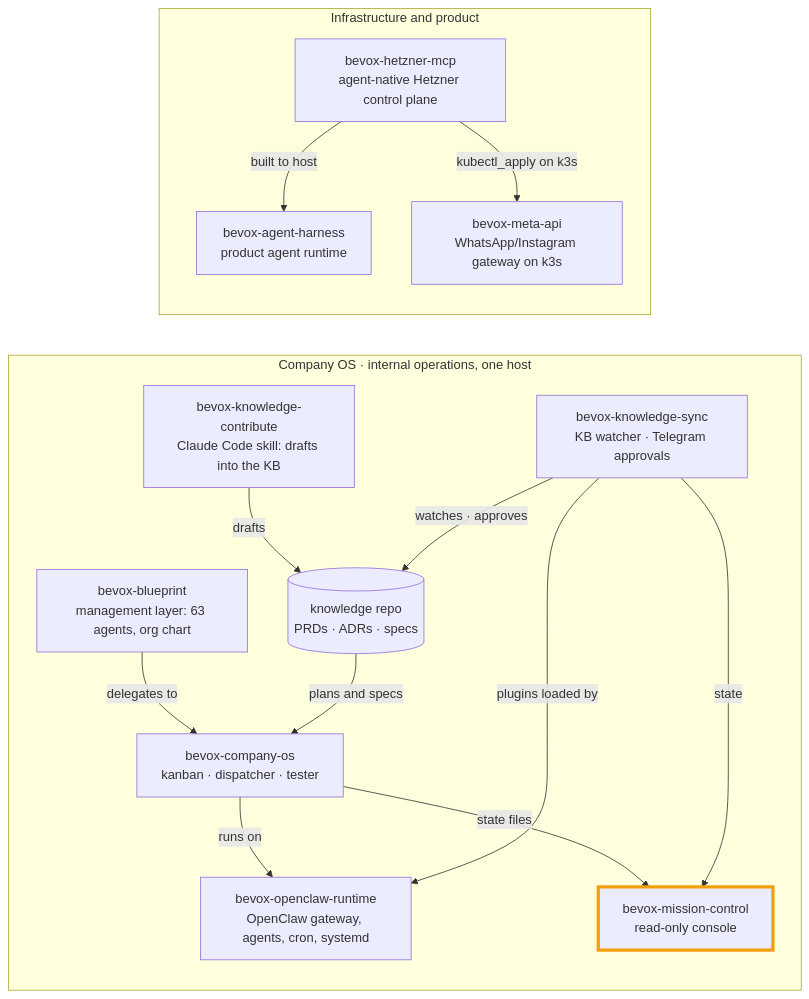
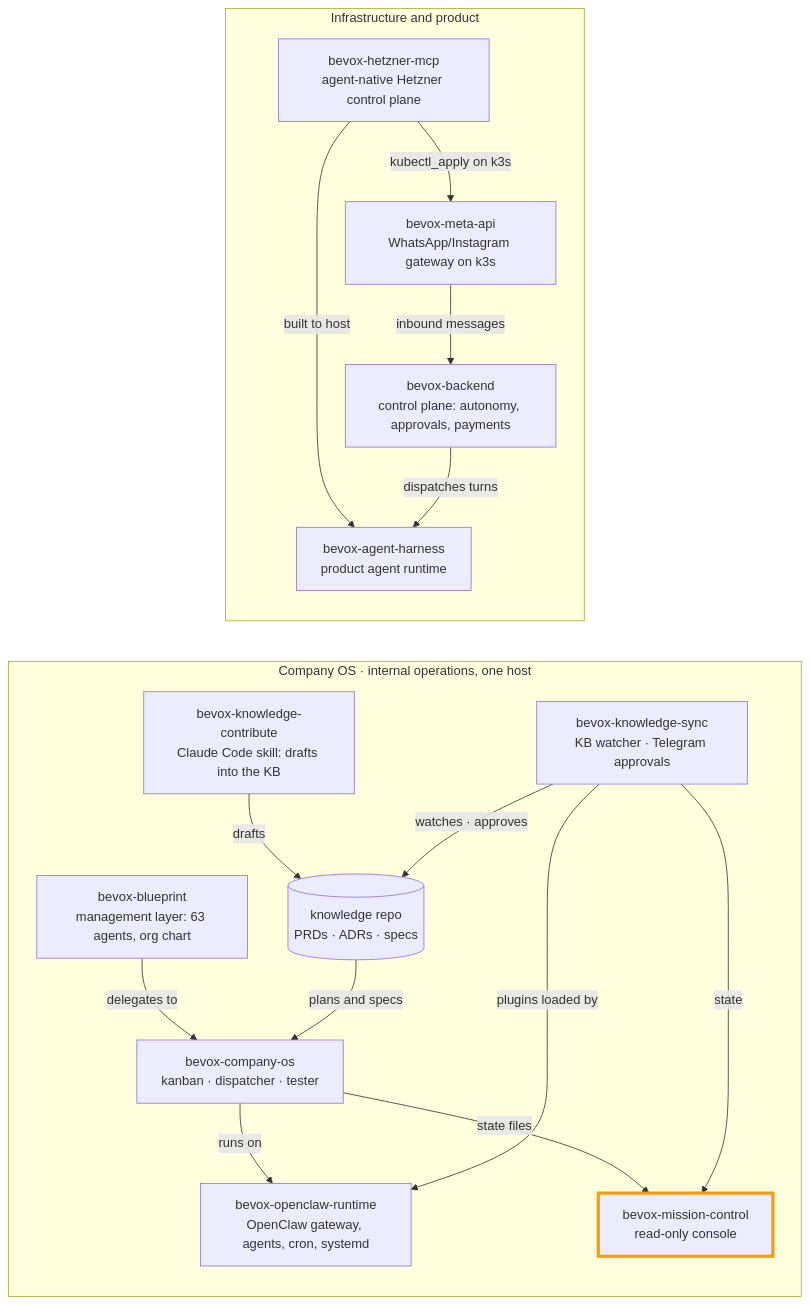
Before and after one commit to bernardTavares/bevox-mission-control: the diagram in README.md, drawn with Mermaid. The commit also changed other lines of this file, not shown here.

Commit message:
docs: add bevox-backend to the repo map
Claude-Session: https://claude.ai/code/session_01Qj817cr8c8u4ecWaCmkuX1

````diff
--- a/README.md
+++ b/README.md
@@ -64,31 +64,34 @@
 ```mermaid
 flowchart LR
   subgraph OPS["Company OS · internal operations, one host"]
     direction TB
     BP["bevox-blueprint<br/>management layer: 63 agents, org chart"]
     RT["bevox-openclaw-runtime<br/>OpenClaw gateway, agents, cron, systemd"]
     COS["bevox-company-os<br/>kanban · dispatcher · tester"]
     MC["bevox-mission-control<br/>read-only console"]
     KS["bevox-knowledge-sync<br/>KB watcher · Telegram approvals"]
     KC["bevox-knowledge-contribute<br/>Claude Code skill: drafts into the KB"]
     KB[("knowledge repo<br/>PRDs · ADRs · specs")]
   end
   subgraph INFRA["Infrastructure and product"]
     direction TB
     HZ["bevox-hetzner-mcp<br/>agent-native Hetzner control plane"]
     H["bevox-agent-harness<br/>product agent runtime"]
     MA["bevox-meta-api<br/>WhatsApp/Instagram gateway on k3s"]
+    BE["bevox-backend<br/>control plane: autonomy, approvals, payments"]
   end
   BP -->|delegates to| COS
   COS -->|runs on| RT
   KS -->|plugins loaded by| RT
   KC -->|drafts| KB
   KS -->|watches · approves| KB
   KB -->|plans and specs| COS
   COS -->|state files| MC
   KS -->|state| MC
   HZ -->|built to host| H
   HZ -->|kubectl_apply on k3s| MA
+  MA -->|inbound messages| BE
+  BE -->|dispatches turns| H
   classDef here stroke:#f59e0b,stroke-width:4px
   class MC here
 ```
````
